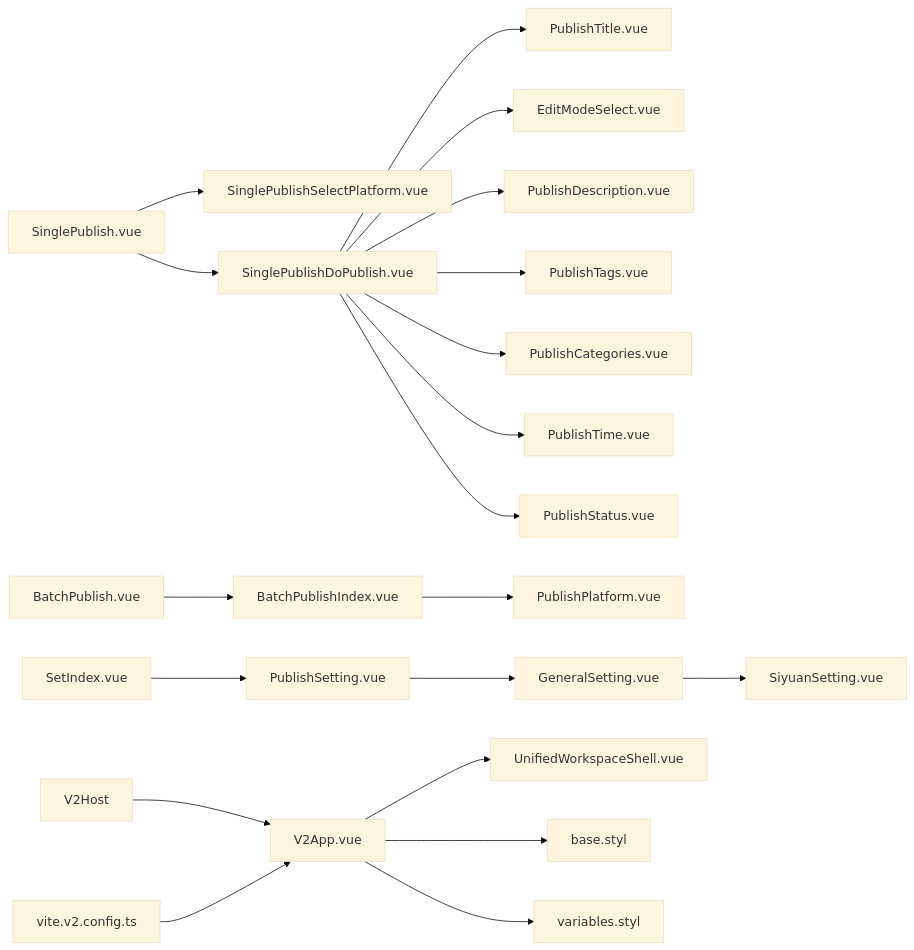
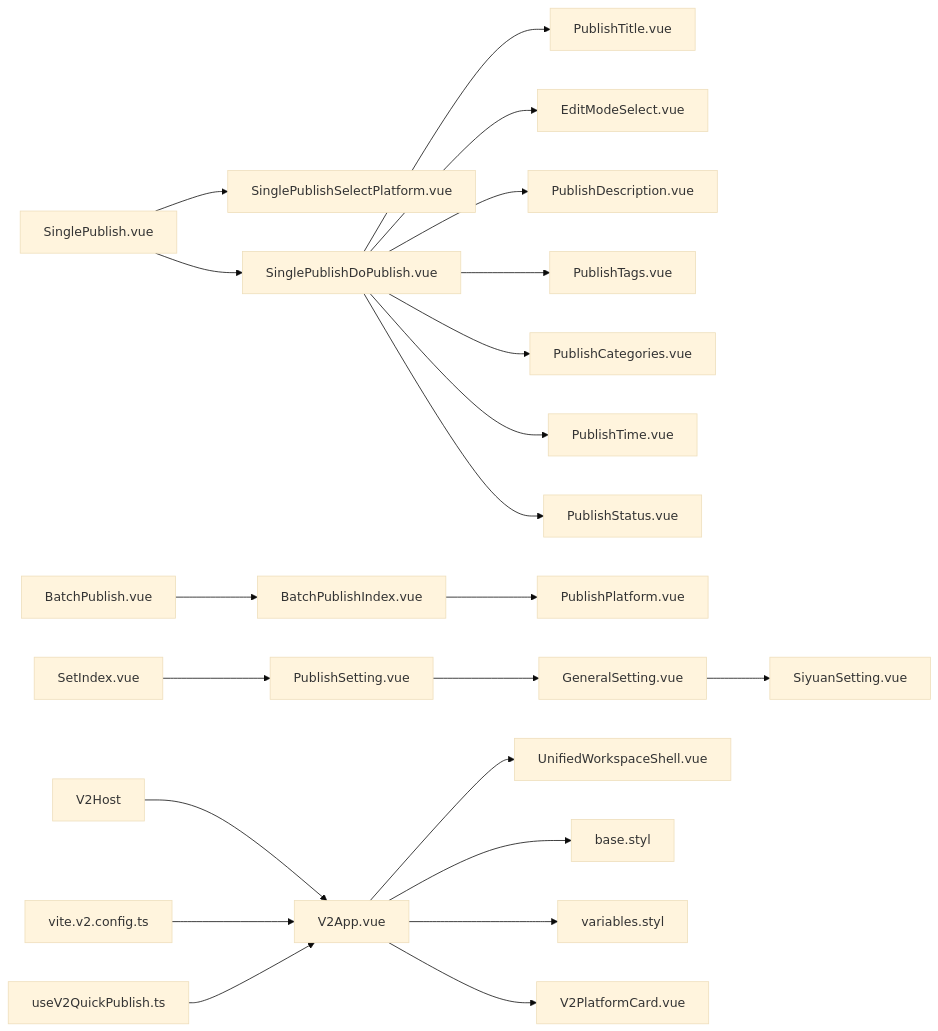
The seventh of 7 diagrams in .qoder/repowiki/zh/content/用户界面组件/用户界面组件.md (terwer/siyuan-plugin-publisher), drawn with Mermaid (base theme) before and after one commit. The commit also changed other lines of this file and 18 other files, not shown here.

First line of the commit message:
docs(core-architecture): add detailed Composition API design patterns document

````diff
--- a/.qoder/repowiki/zh/content/用户界面组件/用户界面组件.md
+++ b/.qoder/repowiki/zh/content/用户界面组件/用户界面组件.md
@@ -652,22 +748,24 @@
 ```mermaid
 graph LR
 SP["SinglePublish.vue"] --> SPS["SinglePublishSelectPlatform.vue"]
 SP --> SPD["SinglePublishDoPublish.vue"]
 BP["BatchPublish.vue"] --> BPI["BatchPublishIndex.vue"]
 BPI --> PF["PublishPlatform.vue"]
 SPD --> PT["PublishTitle.vue"]
 SPD --> PES["EditModeSelect.vue"]
 SPD --> PD["PublishDescription.vue"]
 SPD --> PTAG["PublishTags.vue"]
 SPD --> PCAT["PublishCategories.vue"]
 SPD --> PTIM["PublishTime.vue"]
 SPD --> PSTA["PublishStatus.vue"]
 SI["SetIndex.vue"] --> PS["PublishSetting.vue"]
 PS --> GS["GeneralSetting.vue"]
 GS --> SS["SiyuanSetting.vue"]
 V2APP["V2App.vue"] --> UWS["UnifiedWorkspaceShell.vue"]
 V2APP --> BASE["base.styl"]
 V2APP --> VAR["variables.styl"]
+V2APP --> V2PLATFORMCARD["V2PlatformCard.vue"]
 V2HOST["V2Host"] --> V2APP
 VITE["vite.v2.config.ts"] --> V2APP
+COMPOSABLE["useV2QuickPublish.ts"] --> V2APP
 ```
````
